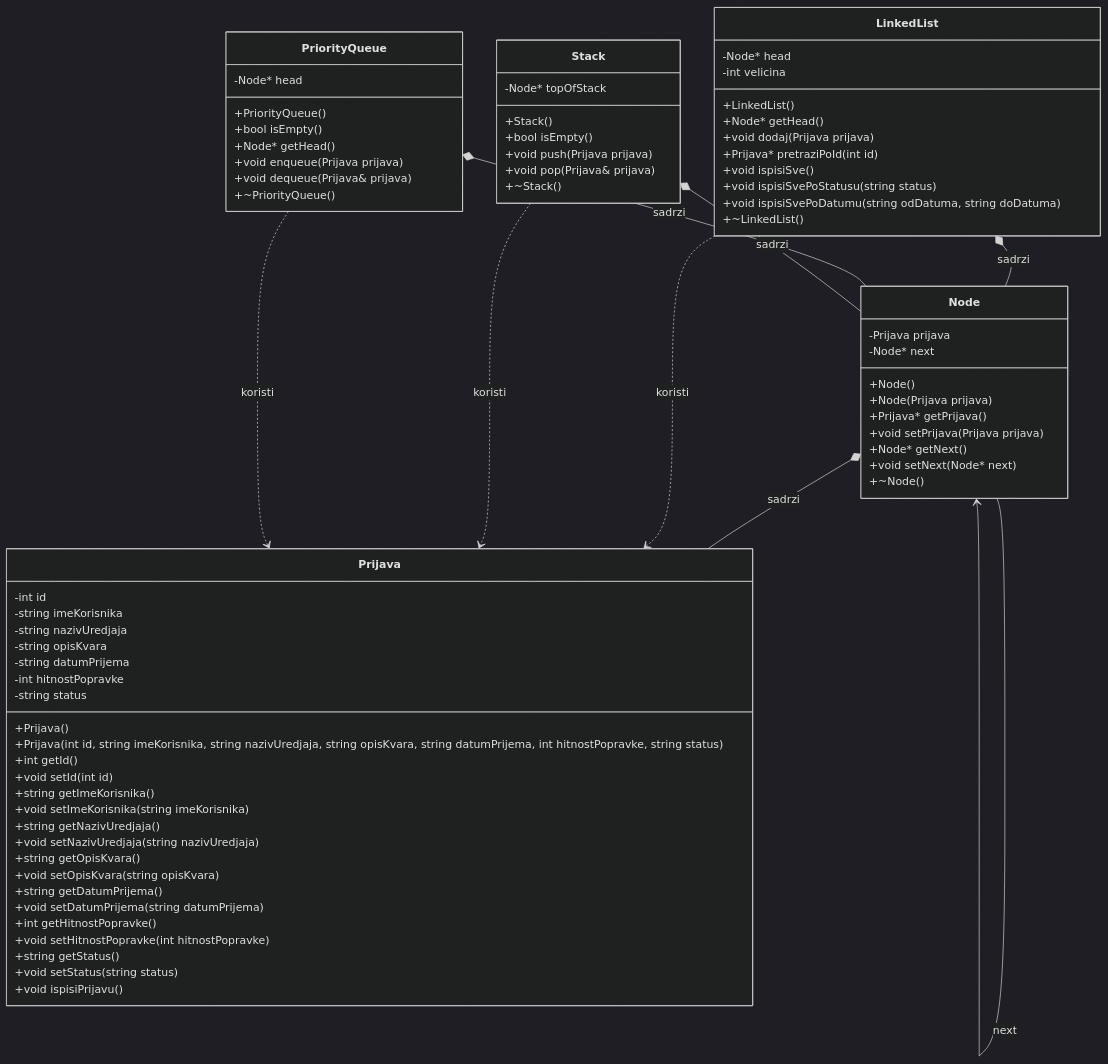
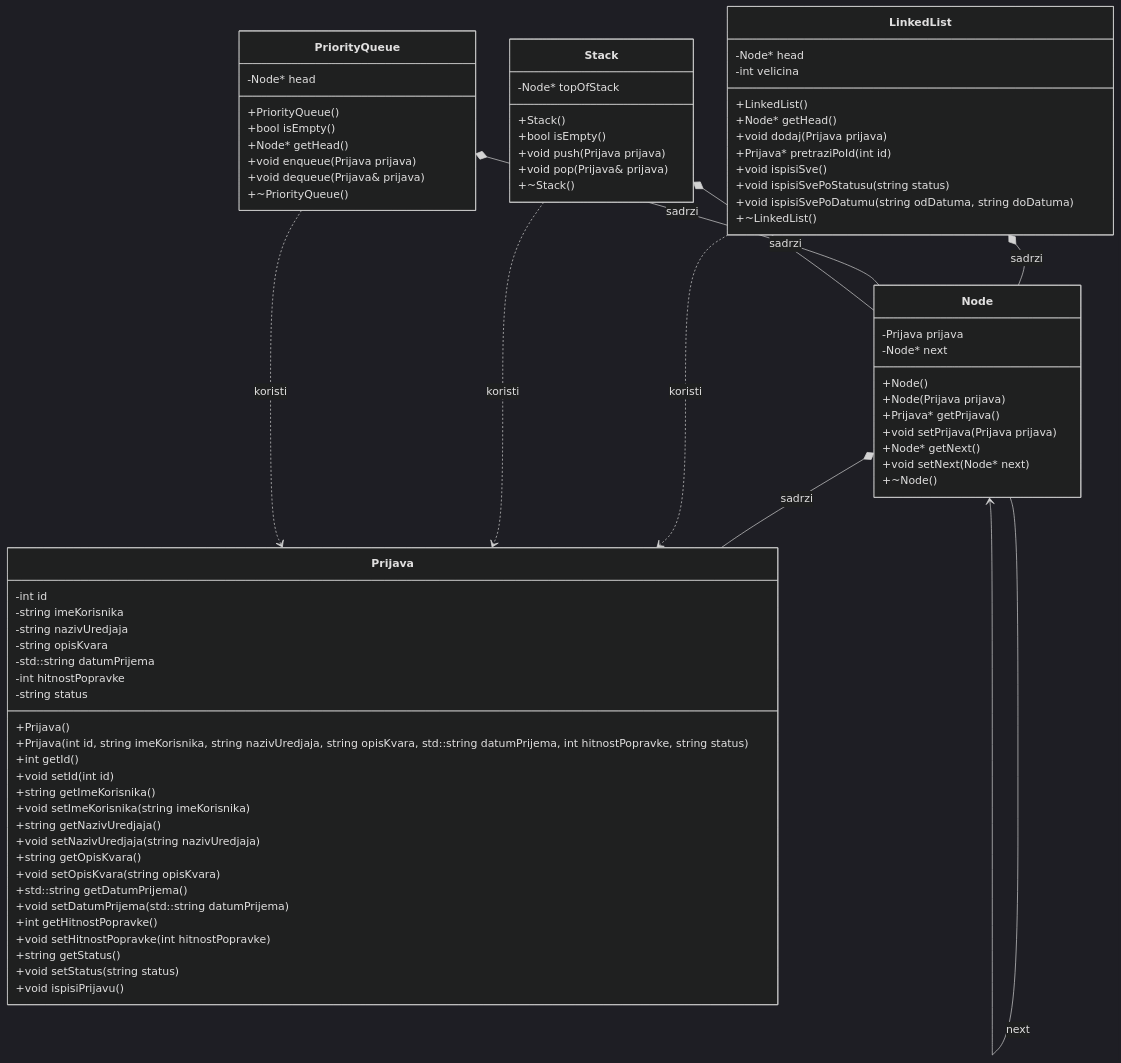
The diagram in README.md (janantelj/Zadaca1), drawn with Mermaid (dark theme) before and after one commit. The commit also changed 2 other files, not shown here.

Commit message:
implement Prijava class

```diff
--- a/README.md
+++ b/README.md
@@ -25,12 +25,12 @@
         -string imeKorisnika
         -string nazivUredjaja
         -string opisKvara
-        -string datumPrijema
+        -std::string datumPrijema
         -int hitnostPopravke
         -string status
 
         +Prijava()
-        +Prijava(int id, string imeKorisnika, string nazivUredjaja, string opisKvara, string datumPrijema, int hitnostPopravke, string status)
+        +Prijava(int id, string imeKorisnika, string nazivUredjaja, string opisKvara, std::string datumPrijema, int hitnostPopravke, string status)
         +int getId()
         +void setId(int id)
         +string getImeKorisnika()
@@ -39,8 +39,8 @@
         +void setNazivUredjaja(string nazivUredjaja)
         +string getOpisKvara()
         +void setOpisKvara(string opisKvara)
-        +string getDatumPrijema()
-        +void setDatumPrijema(string datumPrijema)
+        +std::string getDatumPrijema()
+        +void setDatumPrijema(std::string datumPrijema)
         +int getHitnostPopravke()
         +void setHitnostPopravke(int hitnostPopravke)
         +string getStatus()
```
